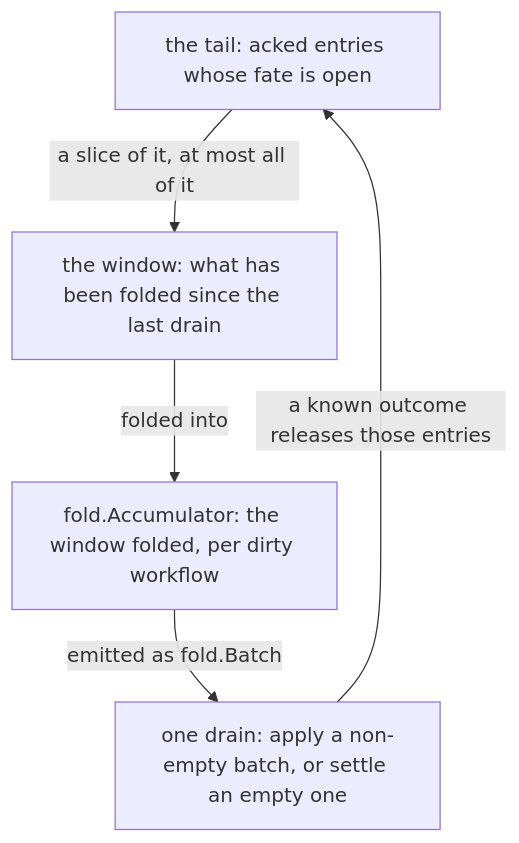
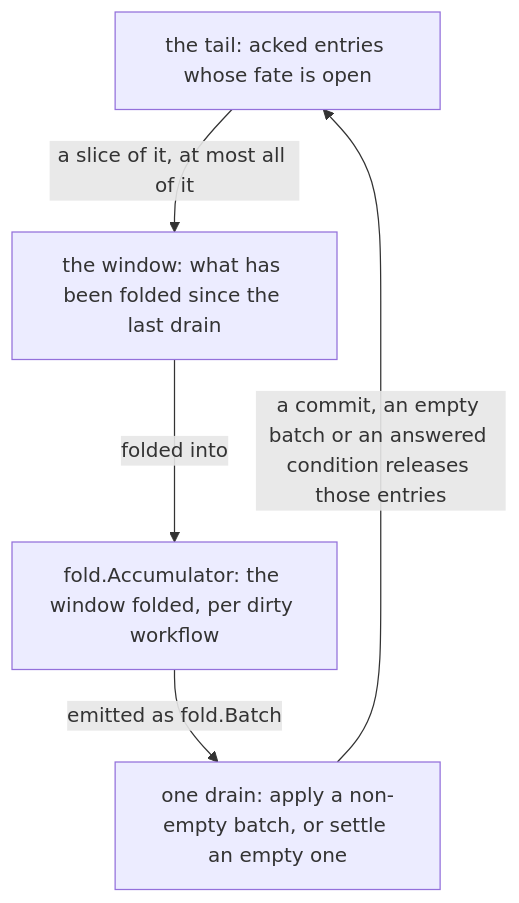
The third of 3 diagrams in docs/handbook/02-concepts-and-invariants.md (aromanovich/waltz), drawn with Mermaid before and after one commit. The commit also changed other lines of this file and 29 other files, not shown here.

````diff
--- a/docs/handbook/02-concepts-and-invariants.md
+++ b/docs/handbook/02-concepts-and-invariants.md
@@ -543,11 +545,11 @@
 ```mermaid
 graph TD
   TAIL["the tail: acked entries whose fate is open"]
   WIN["the window: what has been folded since the last drain"]
   ACC["fold.Accumulator: the window folded, per dirty workflow"]
   DR["one drain: apply a non-empty batch, or settle an empty one"]
   TAIL -->|"a slice of it, at most all of it"| WIN
   WIN -->|"folded into"| ACC
   ACC -->|"emitted as fold.Batch"| DR
-  DR -->|"a known outcome releases those entries"| TAIL
+  DR -->|"a commit, an empty batch or an answered condition releases those entries"| TAIL
 ```
````
